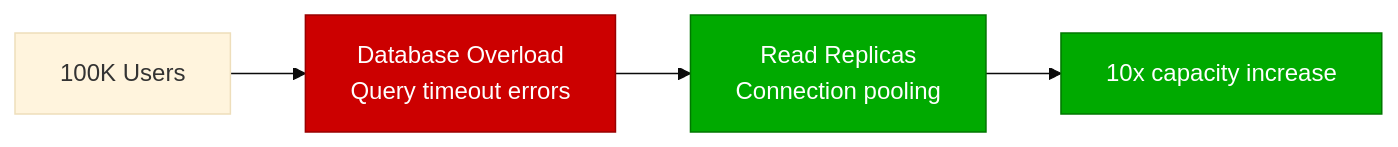
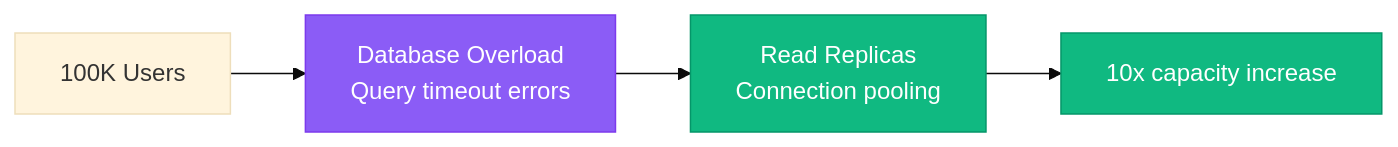
Before and after one commit to deepaucksharma/DS: the third of 8 diagrams in site/docs/systems/robinhood/05-scale-evolution.md, drawn with Mermaid (base theme). The commit also changed other lines of this file and 187 other files, not shown here.

````diff
--- a/site/docs/systems/robinhood/05-scale-evolution.md
+++ b/site/docs/systems/robinhood/05-scale-evolution.md
@@ -202,12 +202,12 @@
 ```mermaid
 graph LR
     USERS[100K Users] --> OVERLOAD[Database Overload<br/>Query timeout errors]
     OVERLOAD --> SOLUTION[Read Replicas<br/>Connection pooling]
     SOLUTION --> SCALE[10x capacity increase]
 
-    classDef problemStyle fill:#CC0000,stroke:#990000,color:#fff
-    classDef solutionStyle fill:#00AA00,stroke:#007700,color:#fff
+    classDef problemStyle fill:#8B5CF6,stroke:#7C3AED,color:#fff
+    classDef solutionStyle fill:#10B981,stroke:#059669,color:#fff
 
     class OVERLOAD problemStyle
     class SOLUTION,SCALE solutionStyle
 ```
````
